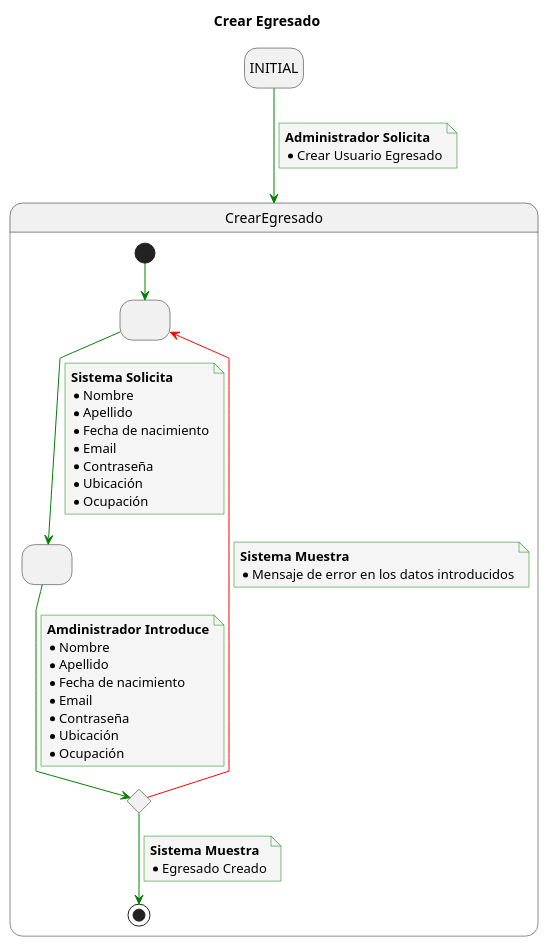
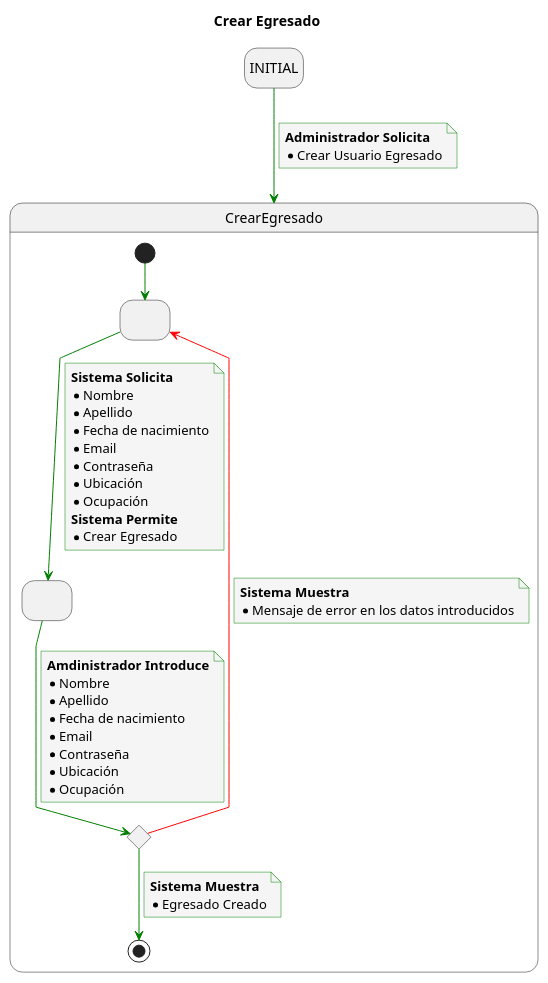
Before and after one commit to mmasias/23-24-IdSw1-SDR: the diagram in Caso_de_Uso/Casos_de_Uso/Administrador/CRUD_Egresados/Crear_Egresado/Caso_de_Uso.puml, drawn with PlantUML. The commit also changed 4 other files, not shown here.

```diff
--- a/Caso_de_Uso/Casos_de_Uso/Administrador/CRUD_Egresados/Crear_Egresado/Caso_de_Uso.puml
+++ b/Caso_de_Uso/Casos_de_Uso/Administrador/CRUD_Egresados/Crear_Egresado/Caso_de_Uso.puml
@@ -1,67 +1,69 @@
 @startuml
 
 title Crear Egresado
 
 skinparam {
     NoteBackgroundColor #whiteSmoke
     ArrowColor #green
     NoteBorderColor #green
     linetype polyline
 }
 
 hide empty description
 
 state startState as "INITIAL"
 
 startState --> CrearEgresado
 note on link
     <b>Administrador Solicita</b>
     * Crear Usuario Egresado
 end note
 
 state CrearEgresado {
 state 2 as " "
 state 3 as " "
 state 4 <<choice>>
 
 [*] -down-> 2
 
 2 -down-> 3
 note on link
 <b>Sistema Solicita</b>
 * Nombre
 * Apellido
 * Fecha de nacimiento
 * Email
 * Contraseña
 * Ubicación
 * Ocupación
+<b>Sistema Permite</b>
+* Crear Egresado
 end note
 
 3 -down-> 4
 note on link
 <b>Amdinistrador Introduce</b>
 * Nombre
 * Apellido
 * Fecha de nacimiento
 * Email
 * Contraseña
 * Ubicación
 * Ocupación
 end note
 
 4 -down-> [*]
 note on link
 <b>Sistema Muestra</b>
 * Egresado Creado
 end note
 
 4 -[#red]-> 2
 note on link
 <b>Sistema Muestra</b>
 * Mensaje de error en los datos introducidos
 end note
 
 }
 
 @enduml
```
